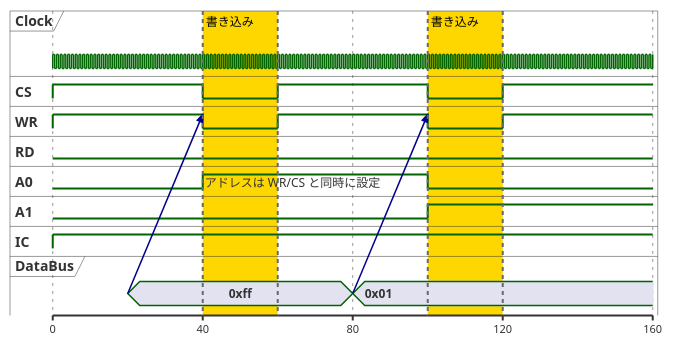
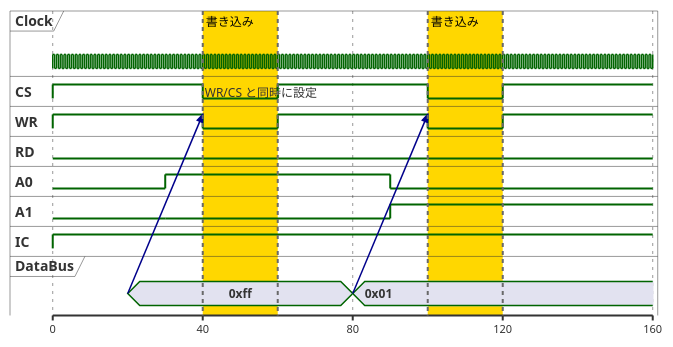
Before and after one commit to h1romas4/asciidoctor-gradle-template: the diagram in src/docs/asciidoc/Chapter04/puml/diag-timing-sample1.puml, drawn with PlantUML. The commit also changed 11 other files, not shown here.

```diff
--- a/src/docs/asciidoc/Chapter04/puml/diag-timing-sample1.puml
+++ b/src/docs/asciidoc/Chapter04/puml/diag-timing-sample1.puml
@@ -1,58 +1,64 @@
 @startuml diag-timing-sample1
 scale 40 as 150 pixels
 clock "Clock" as clk with period 1
 binary "CS" as CS
 binary "WR" as WR
 binary "RD" as RD
 binary "A0" as A0
 binary "A1" as A1
 binary "IC" as IC
 concise "DataBus" as DB
 
 @0 as :start
-@20 as :set_addbus1
-@40 as :write_start1
-@60 as :write_end1
-@80 as :set_addbus2
-@100 as :write_start2
-@120 as :write_end2
+@20 as :set_data_bus_1
+@30 as :set_addr_1
+@40 as :write_start_1
+@60 as :write_end_1
+@80 as :set_data_bus_2
+@90 as :set_addr_2
+@100 as :write_start_2
+@120 as :write_end_2
 
 @:start
 IC is high
 CS is high
 WR is high
 RD is low
 A0 is low
 A1 is low
 
-@:set_addbus1
+@:set_data_bus_1
 DB is "0xff"
 DB -> WR@+20
 
-@:write_start1
-A0 is high : アドレスは WR/CS と同時に設定
+@:set_addr_1
+A0 is high
 A1 is low
+
+@:write_start_1
+CS is low : WR/CS と同時に設定
+WR is low
+
+@:write_end_1
+CS is high
+WR is high
+
+@:set_data_bus_2
+DB is "0x01"
+DB -> WR@+20
+
+@:set_addr_2
+A0 is low
+A1 is high
+
+@:write_start_2
 CS is low
 WR is low
 
-@:write_end1
-CS is high
-WR is high
-
-@:set_addbus2
-DB is "0x01"
-DB -> WR@+20
-
-@:write_start2
-A0 is low
-A1 is high
-CS is low
-WR is low
-
-@:write_end2
+@:write_end_2
 CS is high
 WR is high
 
 highlight 40 to 60 #Gold;line:DimGrey : 書き込み
 highlight 100 to 120 #Gold;line:DimGrey : 書き込み
 @enduml
```
